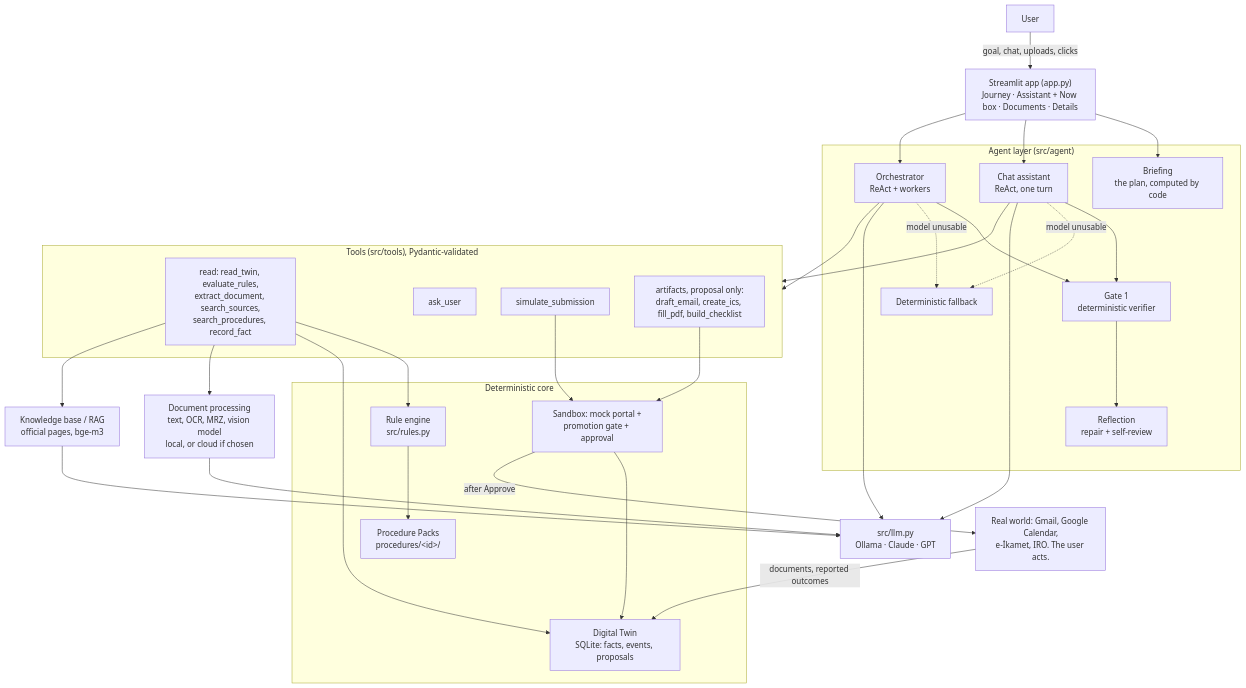
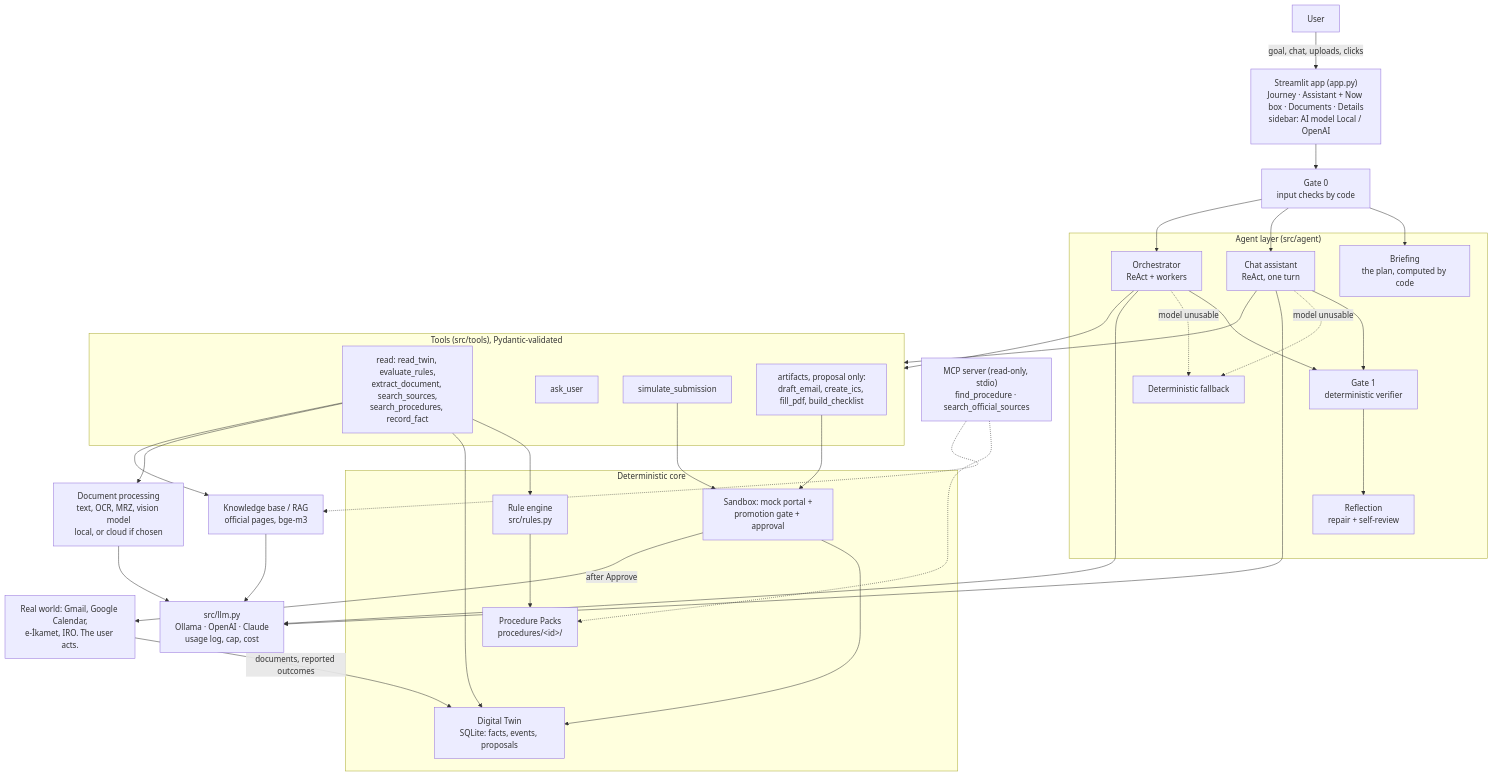
One commit to Polixide/Personal_Bureaucracy_Agent changed the first of 2 diagrams in docs/project_overview.md. Above: the diagram before and after it, drawn with Mermaid. The commit also changed other lines of this file and 6 other files, not shown here.

````diff
--- a/docs/project_overview.md
+++ b/docs/project_overview.md
@@ -87,43 +89,46 @@
 ```mermaid
 flowchart TB
-    U["User"] -->|"goal, chat, uploads, clicks"| APP["Streamlit app (app.py)<br/>Journey · Assistant + Now box · Documents · Details"]
+    U["User"] -->|"goal, chat, uploads, clicks"| APP["Streamlit app (app.py)<br/>Journey · Assistant + Now box · Documents · Details<br/>sidebar: AI model Local / OpenAI"]
+    APP --> G0["Gate 0<br/>input checks by code"]
 
     subgraph AGENT["Agent layer (src/agent)"]
         BRIEF["Briefing<br/>the plan, computed by code"]
         CHAT["Chat assistant<br/>ReAct, one turn"]
         ORCH["Orchestrator<br/>ReAct + workers"]
         G1["Gate 1<br/>deterministic verifier"]
         REF["Reflection<br/>repair + self-review"]
         FB["Deterministic fallback"]
     end
 
     subgraph TOOLS["Tools (src/tools), Pydantic-validated"]
         READ["read: read_twin, evaluate_rules,<br/>extract_document, search_sources,<br/>search_procedures, record_fact"]
         ASK["ask_user"]
         SIM["simulate_submission"]
         ART["artifacts, proposal only:<br/>draft_email, create_ics, fill_pdf, build_checklist"]
     end
 
     subgraph CORE["Deterministic core"]
         PACK["Procedure Packs<br/>procedures/&lt;id&gt;/"]
         RULES["Rule engine<br/>src/rules.py"]
         TWIN["Digital Twin<br/>SQLite: facts, events, proposals"]
         SAND["Sandbox: mock portal +<br/>promotion gate + approval"]
     end
 
     DOCS["Document processing<br/>text, OCR, MRZ, vision model<br/>local, or cloud if chosen"]
     RAG["Knowledge base / RAG<br/>official pages, bge-m3"]
-    LLM["src/llm.py<br/>Ollama · Claude · GPT"]
+    LLM["src/llm.py<br/>Ollama · OpenAI · Claude<br/>usage log, cap, cost"]
     REAL["Real world: Gmail, Google Calendar,<br/>e-İkamet, IRO. The user acts."]
+    MCP["MCP server (read-only, stdio)<br/>find_procedure · search_official_sources"]
 
-    APP --> BRIEF & CHAT & ORCH
+    G0 --> BRIEF & CHAT & ORCH
+    MCP -.-> PACK & RAG
     CHAT & ORCH --> TOOLS
     CHAT & ORCH --> G1 --> REF
     CHAT & ORCH -.->|"model unusable"| FB
     READ --> RULES & TWIN & DOCS & RAG
     RULES --> PACK
     ART & SIM --> SAND --> TWIN
     SAND -->|"after Approve"| REAL
     REAL -->|"documents, reported outcomes"| TWIN
     CHAT & ORCH & DOCS & RAG --> LLM
 ```
````
